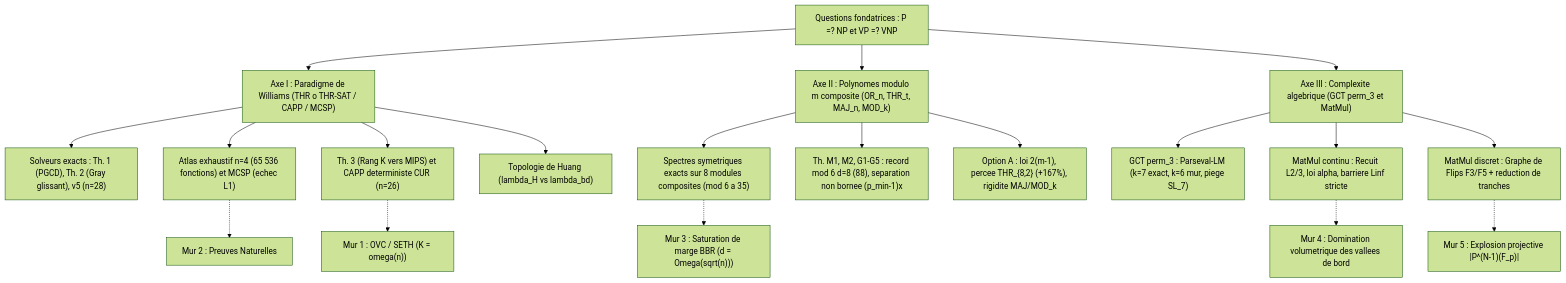
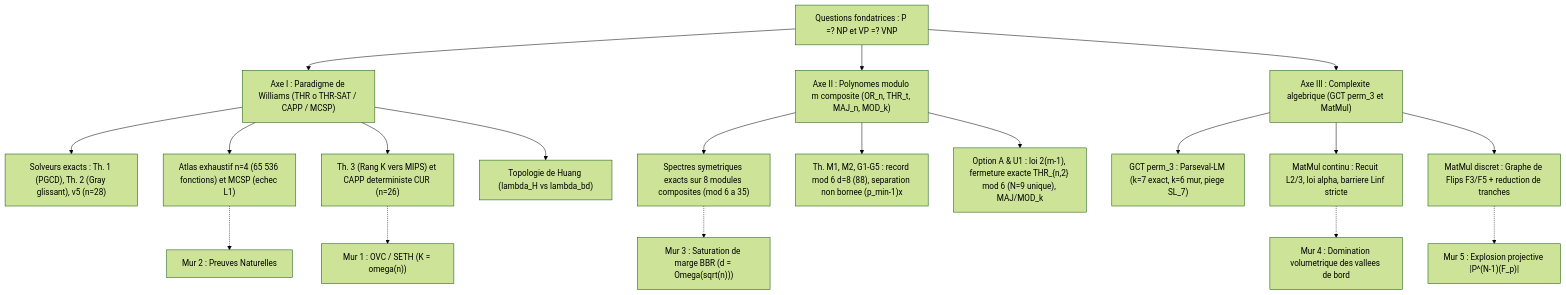
The diagram in RAPPORT.md (Axel-Bouchery/P-NP), drawn with Mermaid (forest theme) before and after one commit. The commit also changed other lines of this file and 10 other files, not shown here.

Commit message:
Axe II (Theoreme U1) : fermeture exhaustive exacte et unicite de THR_{n,2} mod 6 (N_gen = 9)

````diff
--- a/RAPPORT.md
+++ b/RAPPORT.md
@@ -94,25 +94,25 @@
 ```mermaid
 flowchart TD
     Root["Questions fondatrices : P =? NP et VP =? VNP"]
     Root --> Arc1["Axe I : Paradigme de Williams (THR o THR-SAT / CAPP / MCSP)"]
     Root --> Arc2["Axe II : Polynomes modulo m composite (OR_n, THR_t, MAJ_n, MOD_k)"]
     Root --> Arc3["Axe III : Complexite algebrique (GCT perm_3 et MatMul)"]
 
     Arc1 --> A1a["Solveurs exacts : Th. 1 (PGCD), Th. 2 (Gray glissant), v5 (n=28)"]
     Arc1 --> A1b["Atlas exhaustif n=4 (65 536 fonctions) et MCSP (echec L1)"]
     Arc1 --> A1c["Th. 3 (Rang K vers MIPS) et CAPP deterministe CUR (n=26)"]
     Arc1 --> A1d["Topologie de Huang (lambda_H vs lambda_bd)"]
     A1c -.-> M1["Mur 1 : OVC / SETH (K = omega(n))"]
     A1b -.-> M2["Mur 2 : Preuves Naturelles"]
 
     Arc2 --> A2a["Spectres symetriques exacts sur 8 modules composites (mod 6 a 35)"]
     Arc2 --> A2b["Th. M1, M2, G1-G5 : record mod 6 d=8 (88), separation non bornee (p_min-1)x"]
-    Arc2 --> A2c["Option A : loi 2(m-1), percee THR_{8,2} (+167%), rigidite MAJ/MOD_k"]
+    Arc2 --> A2c["Option A & U1 : loi 2(m-1), fermeture exacte THR_{n,2} mod 6 (N=9 unique), MAJ/MOD_k"]
     A2a -.-> M3["Mur 3 : Saturation de marge BBR (d = Omega(sqrt(n)))"]
 
     Arc3 --> A3a["GCT perm_3 : Parseval-LM (k=7 exact, k=6 mur, piege SL_7)"]
     Arc3 --> A3b["MatMul continu : Recuit L2/3, loi alpha, barriere Linf stricte"]
     Arc3 --> A3c["MatMul discret : Graphe de Flips F3/F5 + reduction de tranches"]
     A3b -.-> M4["Mur 4 : Domination volumetrique des vallees de bord"]
     A3c -.-> M5["Mur 5 : Explosion projective |P^(N-1)(F_p)|"]
 ```
````
